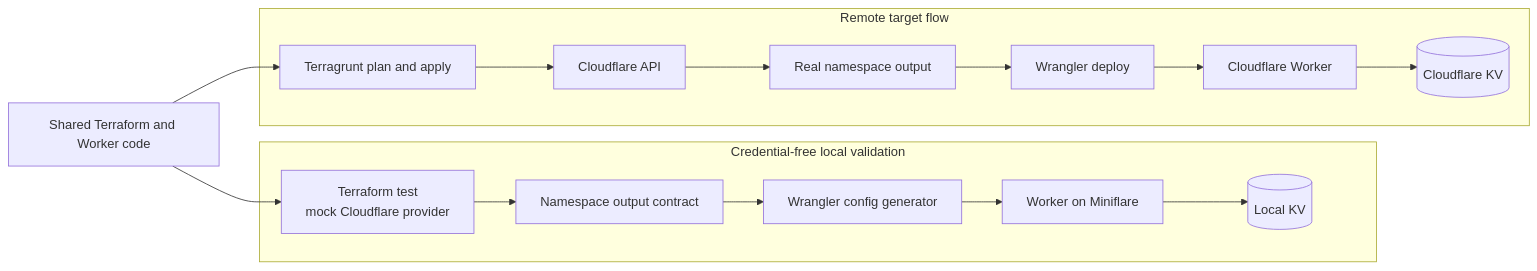
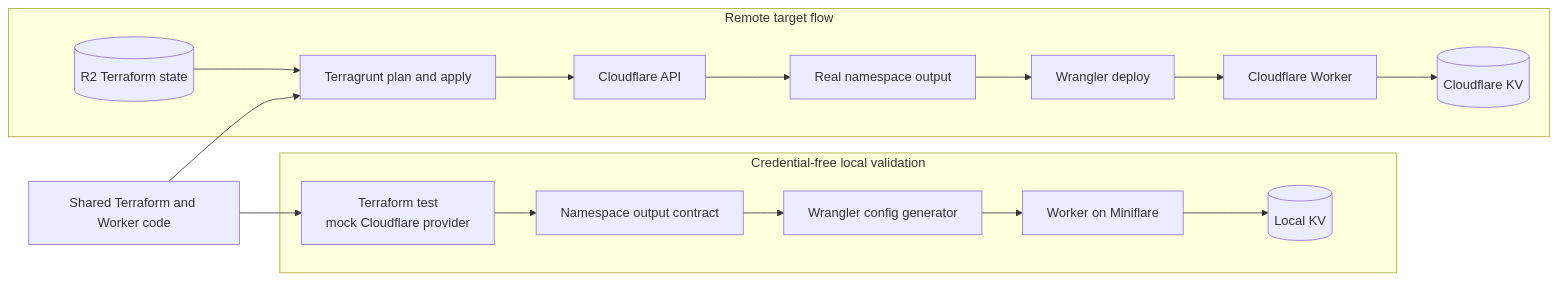
Before and after one commit to jfrz38/edgeflags: the diagram in README.md, drawn with Mermaid. The commit also changed other lines of this file and 13 other files, not shown here.

````diff
--- a/README.md
+++ b/README.md
@@ -68,28 +69,29 @@
 ```mermaid
 flowchart LR
   code[Shared Terraform and Worker code]
 
   subgraph local[Credential-free local validation]
     tfmock[Terraform test<br/>mock Cloudflare provider]
     contract[Namespace output contract]
     generator[Wrangler config generator]
     worker[Worker on Miniflare]
     localkv[(Local KV)]
 
     tfmock --> contract --> generator --> worker --> localkv
   end
 
   subgraph remote[Remote target flow]
+    state[(R2 Terraform state)]
     terragrunt[Terragrunt plan and apply]
     cloudflare[Cloudflare API]
     output[Real namespace output]
     deploy[Wrangler deploy]
     edge[Cloudflare Worker]
     remotekv[(Cloudflare KV)]
 
-    terragrunt --> cloudflare --> output --> deploy --> edge --> remotekv
+    state --> terragrunt --> cloudflare --> output --> deploy --> edge --> remotekv
   end
 
   code --> tfmock
   code --> terragrunt
 ```
````
